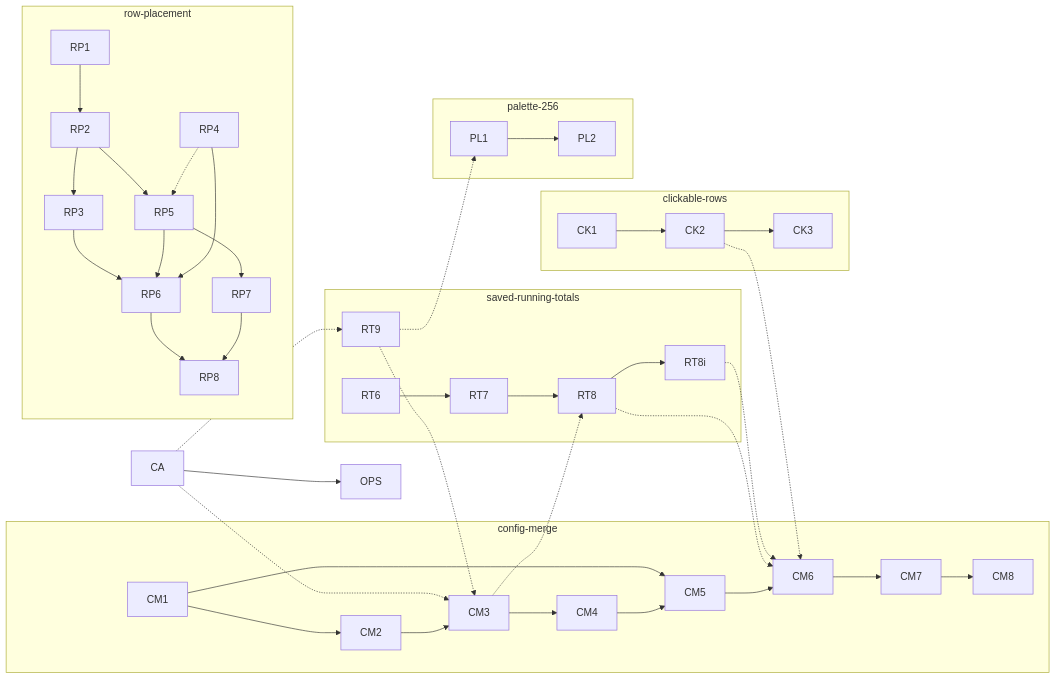
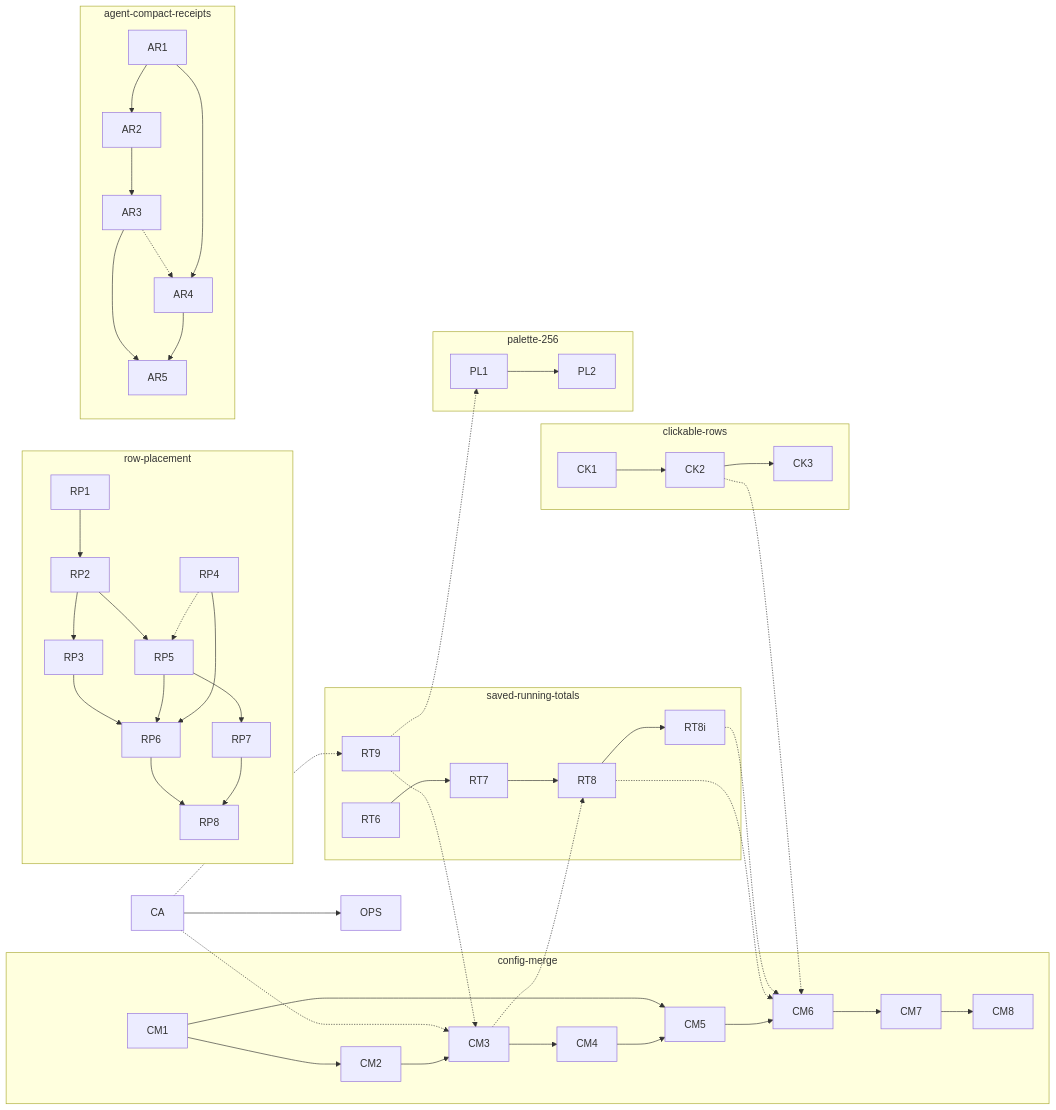
The diagram in agents/plans/_schedule.md (nhooey/claude-code-usage-statusline), drawn with Mermaid before and after one commit. The commit also changed other lines of this file and 1 other file, not shown here.

First line of the commit message:
Plan receipts for a subagent's run and a typed /compact

````diff
--- a/agents/plans/_schedule.md
+++ b/agents/plans/_schedule.md
@@ -74,35 +81,40 @@
 ```mermaid
 flowchart LR
   subgraph config-merge
     CM1 --> CM2 --> CM3 --> CM4 --> CM5 --> CM6 --> CM7 --> CM8
     CM1 --> CM5
   end
   subgraph saved-running-totals
     RT6 --> RT7 --> RT8 --> RT8i
     RT9
   end
   CA -.-> CM3
   CA -.-> RT9
   RT9 -.-> CM3
   CM3 -.-> RT8
   RT8 -.-> CM6
   RT8i -.-> CM6
   CA --> OPS
   subgraph clickable-rows
     CK1 --> CK2 --> CK3
   end
   subgraph palette-256
     PL1 --> PL2
   end
   CK2 -.-> CM6
   RT9 -.-> PL1
   subgraph row-placement
     RP1 --> RP2 --> RP3 --> RP6
     RP2 --> RP5 --> RP6
     RP4 --> RP6
     RP5 --> RP7
     RP6 --> RP8
     RP7 --> RP8
   end
+  subgraph agent-compact-receipts
+    AR1 --> AR2 --> AR3 --> AR5
+    AR1 --> AR4 --> AR5
+  end
+  AR3 -.-> AR4
   RP4 -.-> RP5
 ```
````
